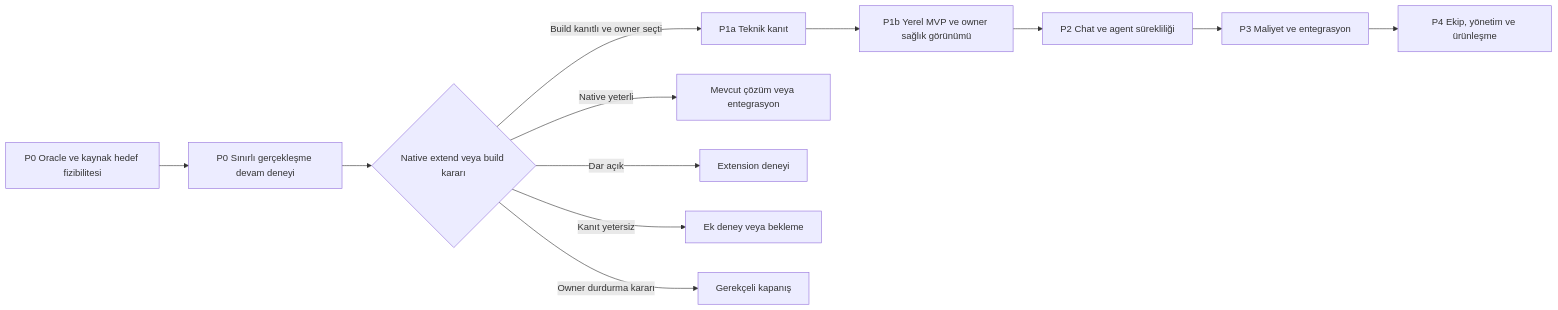
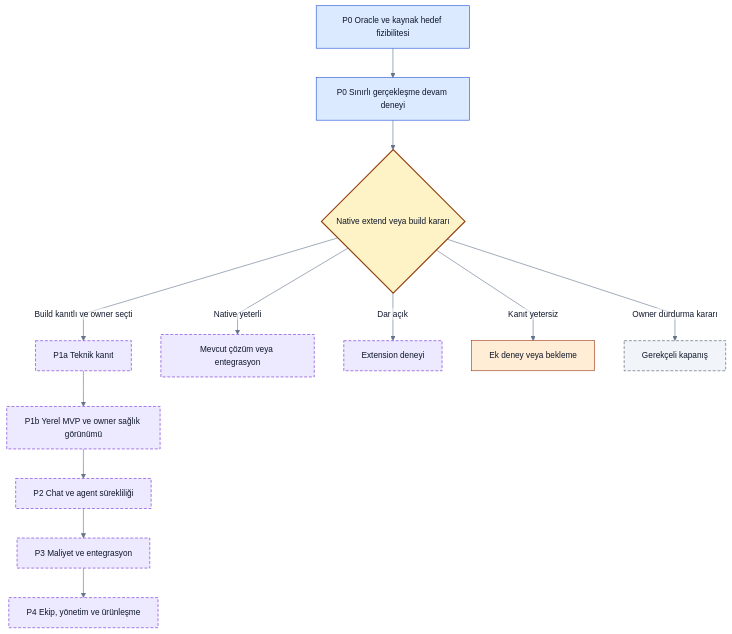
One commit to alphanAkbulut/decivora changed the first of 2 diagrams in ROADMAP.md. Above: the diagram before and after it, drawn with Mermaid. The commit also changed other lines of this file and 21 other files, not shown here.

Commit message:
Refresh all Mermaid diagrams, clarify decision states and document rendering evidence

````diff
--- a/ROADMAP.md
+++ b/ROADMAP.md
@@ -5,14 +8,27 @@
 ```mermaid
-flowchart LR
+%%{init: {"theme":"base","themeVariables":{"fontFamily":"Arial, sans-serif","fontSize":"14px","primaryColor":"#eff6ff","primaryTextColor":"#0f172a","primaryBorderColor":"#1d4ed8","lineColor":"#64748b","secondaryColor":"#ccfbf1","tertiaryColor":"#f1f5f9","background":"#ffffff","mainBkg":"#eff6ff","textColor":"#0f172a","clusterBkg":"#f8fafc","clusterBorder":"#94a3b8","edgeLabelBackground":"#ffffff","actorBkg":"#eff6ff","actorTextColor":"#0f172a","actorBorder":"#1d4ed8","signalColor":"#64748b","signalTextColor":"#0f172a","noteBkgColor":"#fef3c7","noteTextColor":"#0f172a","noteBorderColor":"#92400e"},"flowchart":{"htmlLabels":false,"curve":"linear"},"sequence":{"wrap":true},"themeCSS":"background-color:#ffffff;"}}%%
+flowchart TB
+    accTitle: Fazlar ve yatırım alternatifleri
+    accDescr: Önerilen tasarım veya açıkça belirtilen sentetik örnek. Renkler alan ve kontrol türünü gösterir; implemented veya passed kanıtı değildir. Yetki, revision ve coverage sınırları korunur.
     P0[P0 Oracle ve kaynak hedef fizibilitesi] --> E[P0 Sınırlı gerçekleşme devam deneyi]
     E --> G{Native extend veya build kararı}
     G -->|Build kanıtlı ve owner seçti| P1A[P1a Teknik kanıt]
     G -->|Native yeterli| N[Mevcut çözüm veya entegrasyon]
     G -->|Dar açık| X[Extension deneyi]
     G -->|Kanıt yetersiz| W[Ek deney veya bekleme]
     G -->|Owner durdurma kararı| S[Gerekçeli kapanış]
     P1A --> P1B[P1b Yerel MVP ve owner sağlık görünümü]
     P1B --> P2[P2 Chat ve agent sürekliliği]
     P2 --> P3[P3 Maliyet ve entegrasyon]
     P3 --> P4[P4 Ekip, yönetim ve ürünleşme]
+    classDef process fill:#dbeafe,stroke:#1d4ed8,color:#0f172a
+    classDef gate fill:#fef3c7,stroke:#92400e,color:#0f172a,stroke-width:2px
+    classDef future fill:#ede9fe,stroke:#6d28d9,color:#0f172a,stroke-dasharray:5 3
+    classDef warning fill:#ffedd5,stroke:#9a3412,color:#0f172a
+    classDef history fill:#f1f5f9,stroke:#475569,color:#0f172a,stroke-dasharray:5 3
+    class P0,E process
+    class G gate
+    class P1A,P1B,P2,P3,P4,N,X future
+    class W warning
+    class S history
 ```
````
